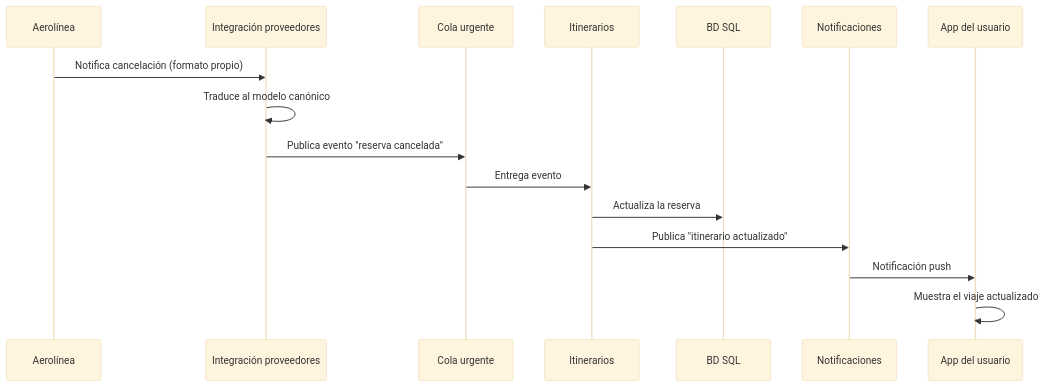
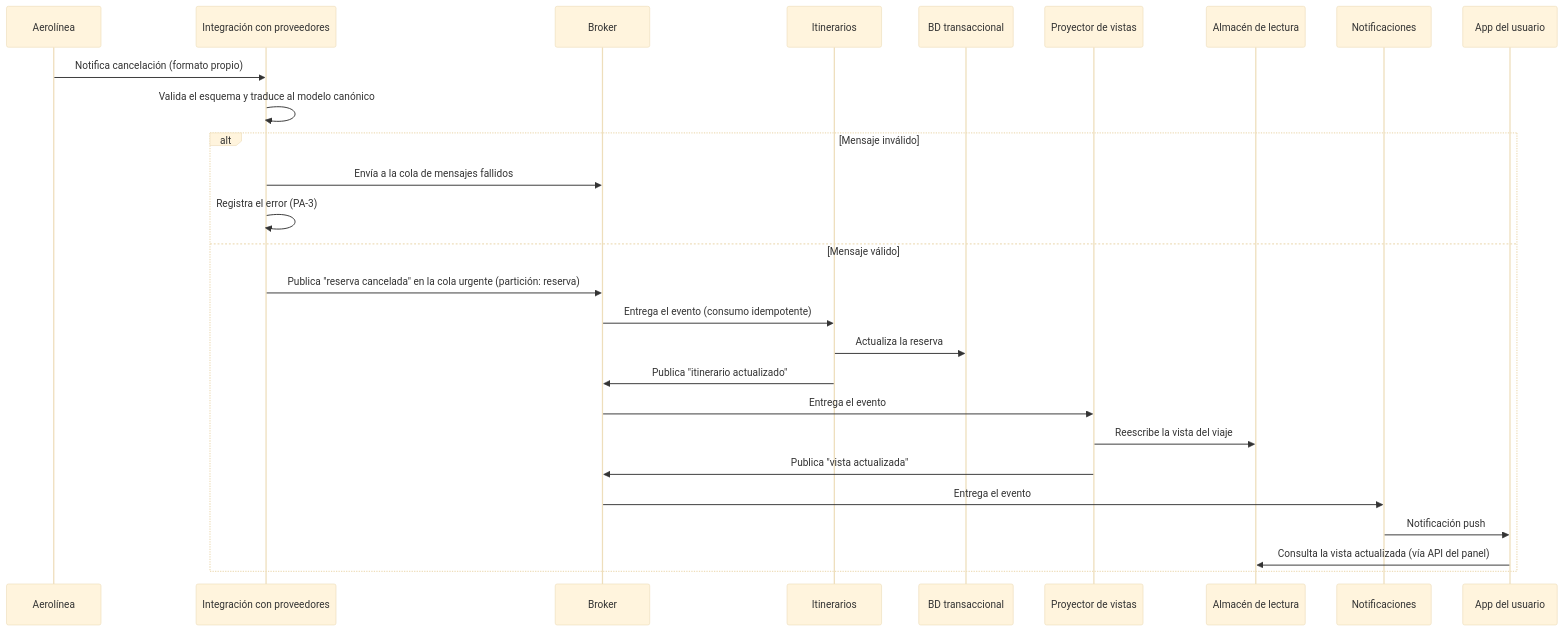
One commit to matiascanova/TPE_SOFTWARE changed the second of 3 diagrams in Iteracion-1.md. Above: the diagram before and after it, drawn with Mermaid (base theme). The commit also changed other lines of this file, not shown here.

````diff
--- a/Iteracion-1.md
+++ b/Iteracion-1.md
@@ -92,19 +196,30 @@
 ```mermaid
 sequenceDiagram
     participant A as Aerolínea
-    participant IP as Integración proveedores
-    participant Q as Cola urgente
+    participant IP as Integración con proveedores
+    participant Q as Broker
     participant IT as Itinerarios
-    participant DB as BD SQL
+    participant DB as BD transaccional
+    participant PV as Proyector de vistas
+    participant RM as Almacén de lectura
     participant N as Notificaciones
     participant U as App del usuario
-
+ 
     A->>IP: Notifica cancelación (formato propio)
-    IP->>IP: Traduce al modelo canónico
-    IP->>Q: Publica evento "reserva cancelada"
-    Q->>IT: Entrega evento
-    IT->>DB: Actualiza la reserva
-    IT->>N: Publica "itinerario actualizado"
-    N->>U: Notificación push
-    U->>U: Muestra el viaje actualizado
+    IP->>IP: Valida el esquema y traduce al modelo canónico
+    alt Mensaje inválido
+        IP->>Q: Envía a la cola de mensajes fallidos
+        IP->>IP: Registra el error (PA-3)
+    else Mensaje válido
+        IP->>Q: Publica "reserva cancelada" en la cola urgente (partición: reserva)
+        Q->>IT: Entrega el evento (consumo idempotente)
+        IT->>DB: Actualiza la reserva
+        IT->>Q: Publica "itinerario actualizado"
+        Q->>PV: Entrega el evento
+        PV->>RM: Reescribe la vista del viaje
+        PV->>Q: Publica "vista actualizada"
+        Q->>N: Entrega el evento
+        N->>U: Notificación push
+        U->>RM: Consulta la vista actualizada (vía API del panel)
+    end
 ```
````
